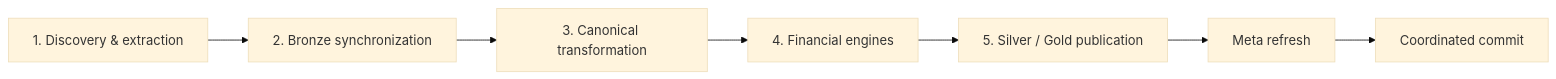
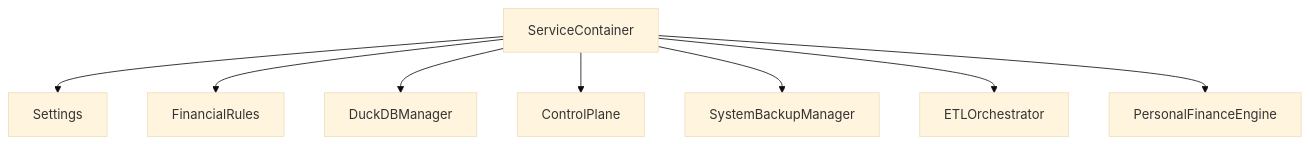
One commit to tks18/personal-finance-etl changed the second of 16 diagrams in docs/architecture/system-architecture.md. Above: the diagram before and after it, drawn with Mermaid (base theme). The commit also changed other lines of this file and 10 other files, not shown here.

Commit message:
docs: update docs/architecture for latest version

````diff
--- a/docs/architecture/system-architecture.md
+++ b/docs/architecture/system-architecture.md
@@ -191,9 +67,10 @@
 ```mermaid
-flowchart LR
-    P1[1. Discovery & extraction] --> P2[2. Bronze synchronization]
-    P2 --> P3[3. Canonical transformation]
-    P3 --> P4[4. Financial engines]
-    P4 --> P5[5. Silver / Gold publication]
-    P5 --> META[Meta refresh]
-    META --> COMMIT[Coordinated commit]
+flowchart TD
+    SC[ServiceContainer] --> CFG[Settings]
+    SC --> RULES[FinancialRules]
+    SC --> DB[DuckDBManager]
+    SC --> CP[ControlPlane]
+    SC --> BK[SystemBackupManager]
+    SC --> ORCH[ETLOrchestrator]
+    SC --> ENG[PersonalFinanceEngine]
 ```
````
